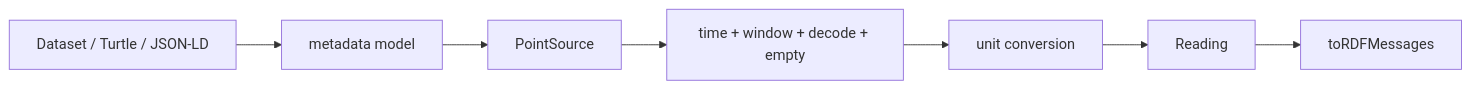
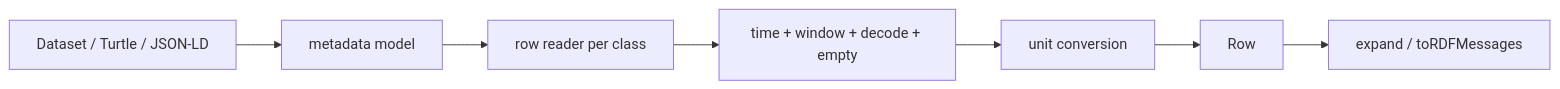
Before and after one commit to pietercolpaert/rdf-tss-ts: the diagram in IMPLEMENTATION.md, drawn with Mermaid. The commit also changed other lines of this file and 52 other files, not shown here.

````diff
--- a/IMPLEMENTATION.md
+++ b/IMPLEMENTATION.md
@@ -15,9 +15,9 @@
 ```mermaid
 flowchart LR
   A[Dataset / Turtle / JSON-LD] --> B[metadata model]
-  B --> C[PointSource]
+  B --> C[row reader per class]
   C --> D[time + window + decode + empty]
   D --> E[unit conversion]
-  E --> F[Reading]
-  F --> G[toRDFMessages]
+  E --> F[Row]
+  F --> G[expand / toRDFMessages]
 ```
````
